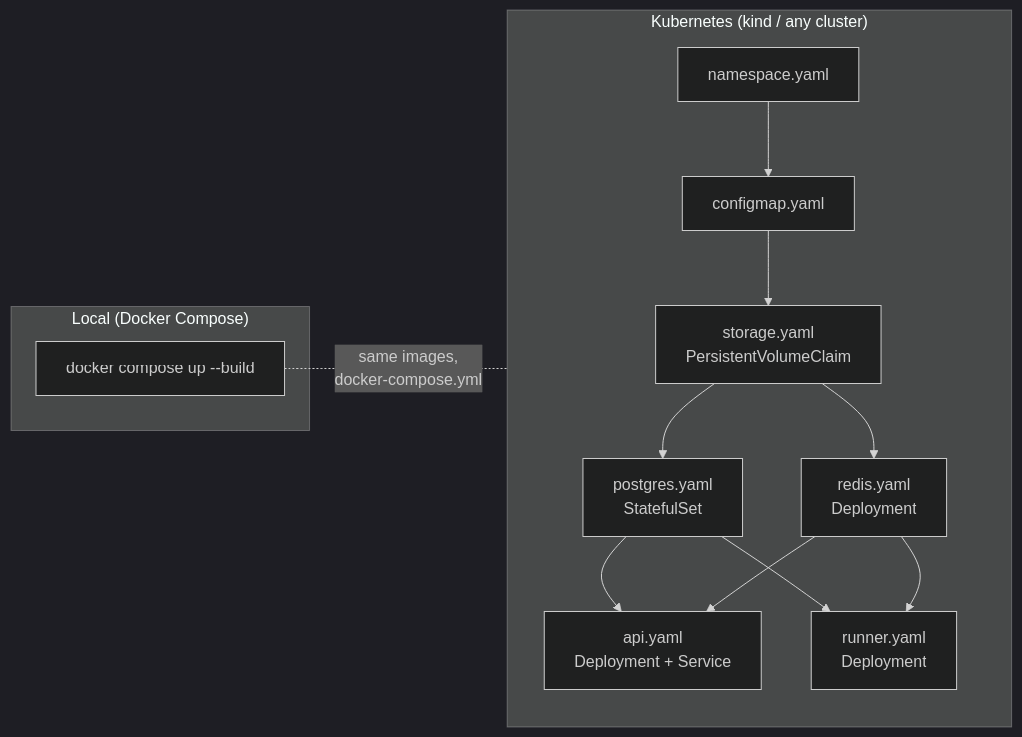
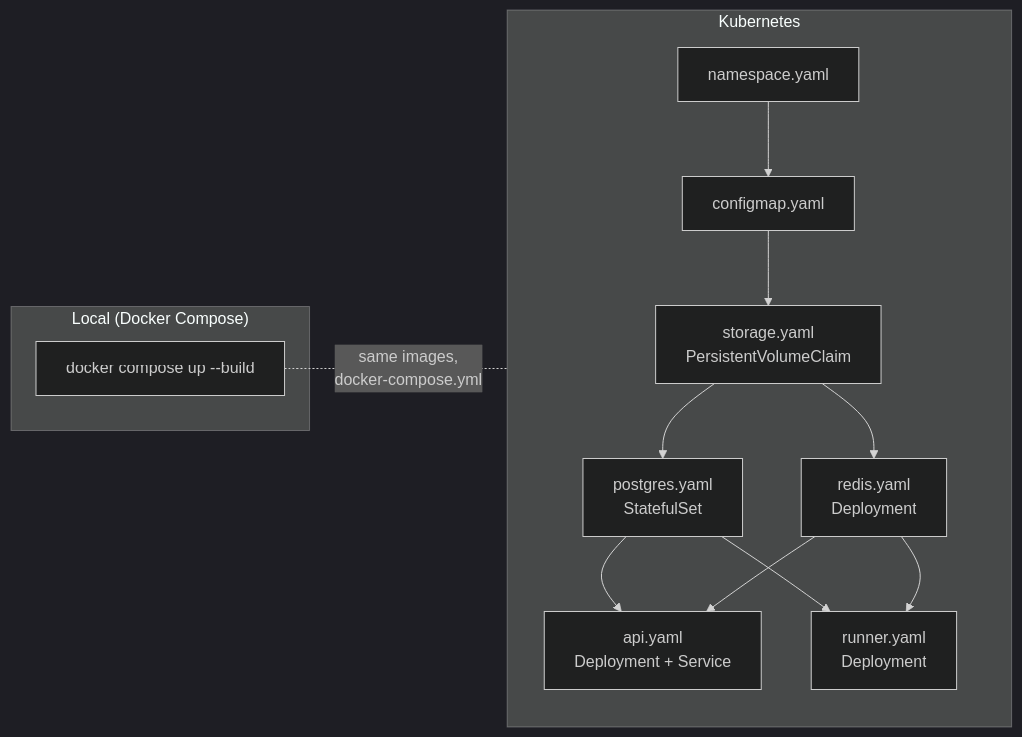
One commit to jcopperman/smokestack changed the second of 2 diagrams in README.md. Above: the diagram before and after it, drawn with Mermaid (dark theme).

Commit message:
docs: simplify Kubernetes subgraph label in architecture diagram

````diff
--- a/README.md
+++ b/README.md
@@ -73,22 +73,22 @@
 ```mermaid
 flowchart LR
     subgraph Local ["Local (Docker Compose)"]
         DC[docker compose up --build]
     end
 
-    subgraph K8s ["Kubernetes (kind / any cluster)"]
+    subgraph K8s ["Kubernetes"]
         NS[namespace.yaml]
         CM[configmap.yaml]
         ST[storage.yaml\nPersistentVolumeClaim]
         PGK[postgres.yaml\nStatefulSet]
         RDK[redis.yaml\nDeployment]
         APIK[api.yaml\nDeployment + Service]
         RNK[runner.yaml\nDeployment]
 
         NS --> CM --> ST
         ST --> PGK & RDK
         PGK & RDK --> APIK & RNK
     end
 
     DC -. "same images,\ndocker-compose.yml" .- K8s
 ```
````
